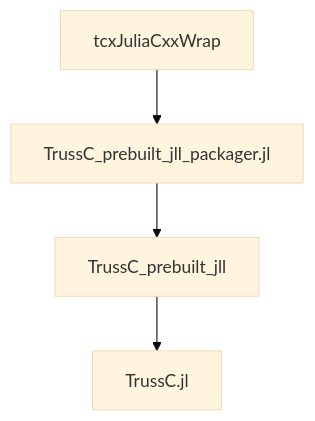
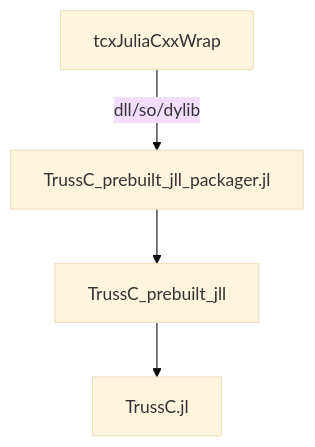
Before and after one commit to funatsufumiya/TrussC.jl: the diagram in docs/build_notes.md, drawn with Mermaid (base theme).

````diff
--- a/docs/build_notes.md
+++ b/docs/build_notes.md
@@ -5,6 +5,6 @@
 ```mermaid
 flowchart TD
-  tcxJuliaCxxWrap-->TrussC_prebuilt_jll_packager.jl
+  tcxJuliaCxxWrap-->|dll/so/dylib|TrussC_prebuilt_jll_packager.jl
   TrussC_prebuilt_jll_packager.jl-->TrussC_prebuilt_jll
   TrussC_prebuilt_jll-->TrussC.jl
 ```
````
